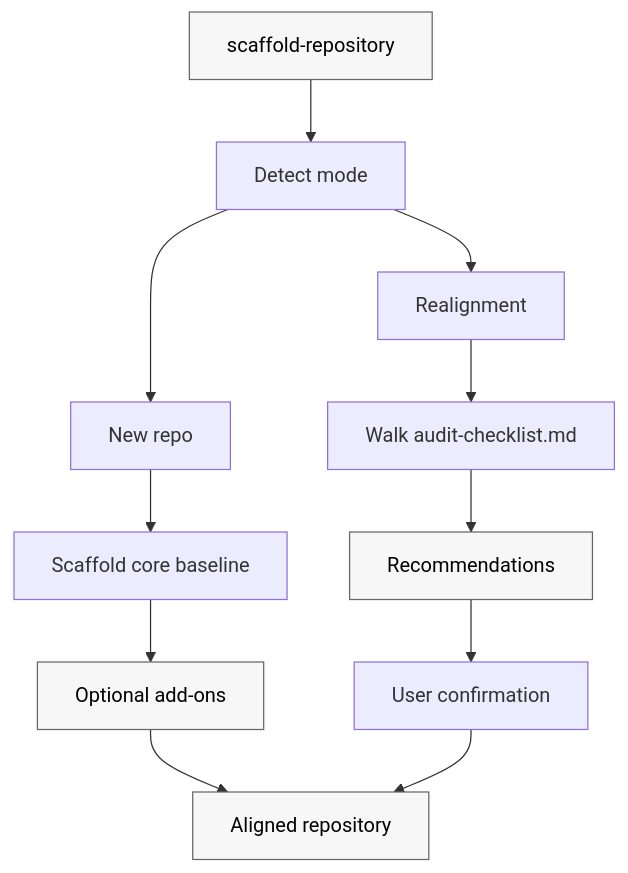
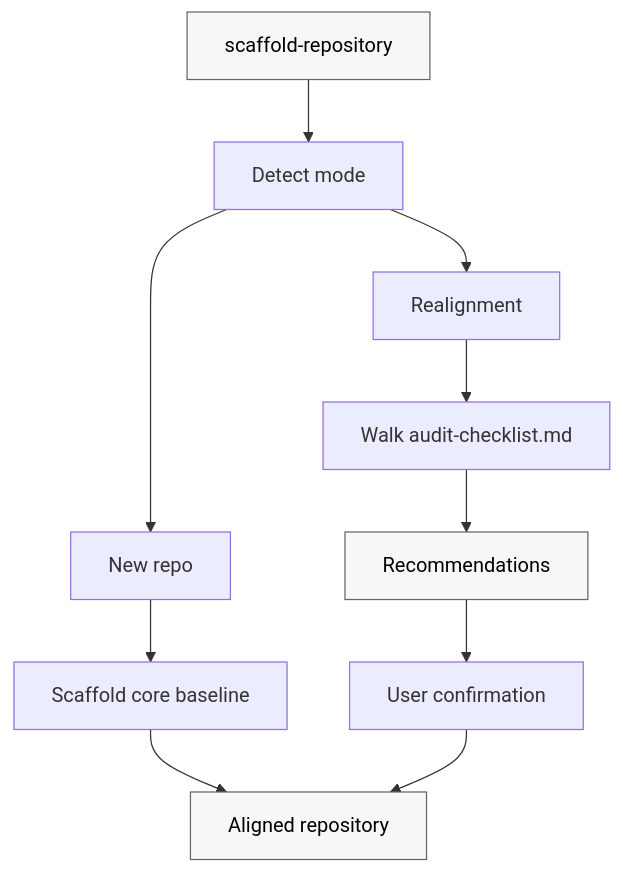
One commit to patinaproject/skills changed the diagram in skills/scaffold-repository/README.md. Above: the diagram before and after it, drawn with Mermaid. The commit also changed other lines of this file and 5 other files, not shown here.

````diff
--- a/skills/scaffold-repository/README.md
+++ b/skills/scaffold-repository/README.md
@@ -11,26 +11,24 @@
 ```mermaid
 flowchart TD
     invoke["scaffold-repository"]:::artifact
     detect["Detect mode"]
     newrepo["New repo"]
     realign["Realignment"]
     scaffold["Scaffold core baseline"]
-    optional["Optional add-ons"]:::artifact
     audit["Walk audit-checklist.md"]
     recommend["Recommendations"]:::artifact
     confirm["User confirmation"]
     repo["Aligned repository"]:::artifact
 
     invoke --> detect
     detect --> newrepo
     detect --> realign
     newrepo --> scaffold
-    scaffold --> optional
-    optional --> repo
+    scaffold --> repo
     realign --> audit
     audit --> recommend
     recommend --> confirm
     confirm --> repo
 
     classDef artifact fill:#f7f7f7,stroke:#666,stroke-width:1px,color:#000;
 ```
````
